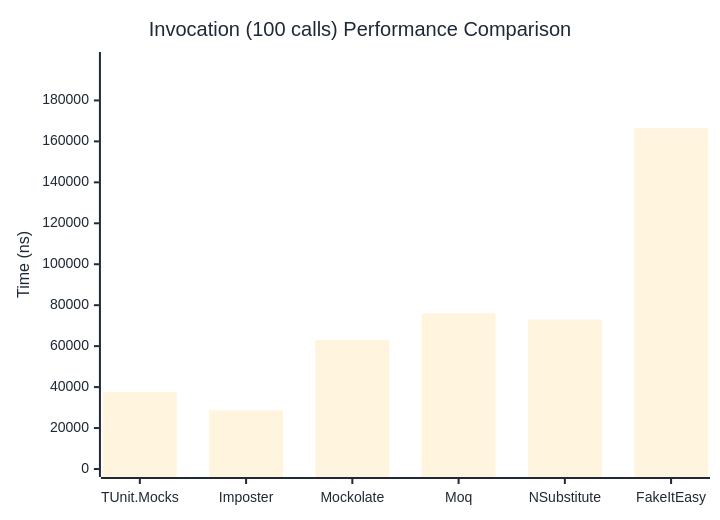
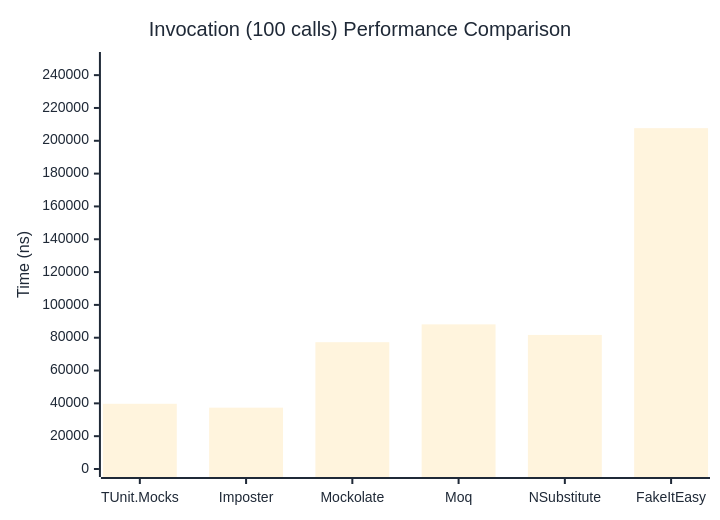
The third of 3 diagrams in docs/docs/benchmarks/mocks/Invocation.md (thomhurst/TUnit), drawn with Mermaid before and after one commit. The commit also changed other lines of this file and 14 other files, not shown here.

````diff
--- a/docs/docs/benchmarks/mocks/Invocation.md
+++ b/docs/docs/benchmarks/mocks/Invocation.md
@@ -110,27 +110,27 @@
 ```mermaid
 %%{init: {
   'theme':'base',
   'themeVariables': {
     'primaryColor': '#2563eb',
     'primaryTextColor': '#1f2937',
     'primaryBorderColor': '#1e40af',
     'lineColor': '#6b7280',
     'secondaryColor': '#7c3aed',
     'tertiaryColor': '#dc2626',
     'background': '#ffffff',
     'pie1': '#2563eb',
     'pie2': '#7c3aed',
     'pie3': '#dc2626',
     'pie4': '#f59e0b',
     'pie5': '#10b981',
     'pie6': '#06b6d4',
     'pie7': '#ec4899',
     'pie8': '#6366f1'
   }
 }}%%
 xychart-beta
   title "Invocation (100 calls) Performance Comparison"
   x-axis ["TUnit.Mocks", "Imposter", "Mockolate", "Moq", "NSubstitute", "FakeItEasy"]
-  y-axis "Time (ns)" 0 --> 199752
-  bar [37670.7, 28657.8, 63064.9, 76035, 73001.9, 166460]
+  y-axis "Time (ns)" 0 --> 249227
+  bar [39741.9, 37376.4, 77269.3, 88134.5, 81687.5, 207688.7]
 ```
````
